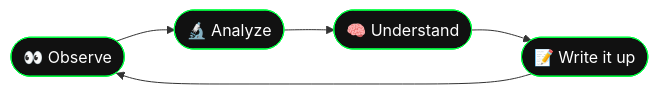
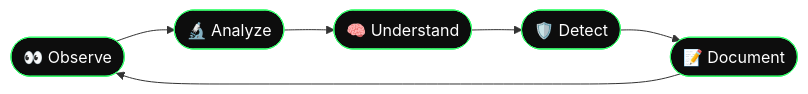
Before and after one commit to null-byte0x/PHP-webshell-Defacing: the diagram in README.md, drawn with Mermaid. The commit also changed other lines of this file, not shown here.

````diff
--- a/README.md
+++ b/README.md
@@ -72,11 +71,13 @@
 ```mermaid
 flowchart LR
     A([👀 Observe]) --> B([🔬 Analyze])
     B --> C([🧠 Understand])
-    C --> D([📝 Write it up])
-    D --> A
-    style A fill:#111,stroke:#00ff41,color:#fff
-    style B fill:#111,stroke:#00ff41,color:#fff
-    style C fill:#111,stroke:#00ff41,color:#fff
-    style D fill:#111,stroke:#00ff41,color:#fff
+    C --> D([🛡️ Detect])
+    D --> E([📝 Document])
+    E --> A
+    style A fill:#0d0d0d,stroke:#39ff6e,color:#fff
+    style B fill:#0d0d0d,stroke:#39ff6e,color:#fff
+    style C fill:#0d0d0d,stroke:#39ff6e,color:#fff
+    style D fill:#0d0d0d,stroke:#39ff6e,color:#fff
+    style E fill:#0d0d0d,stroke:#39ff6e,color:#fff
 ```
````
